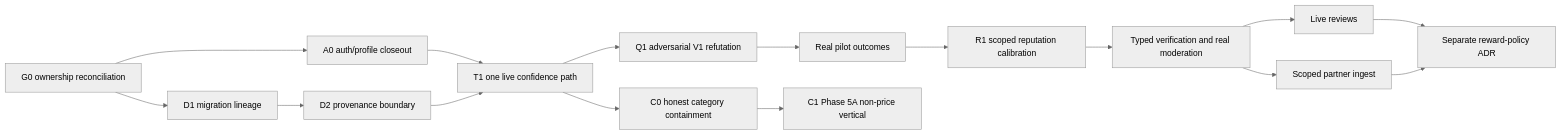
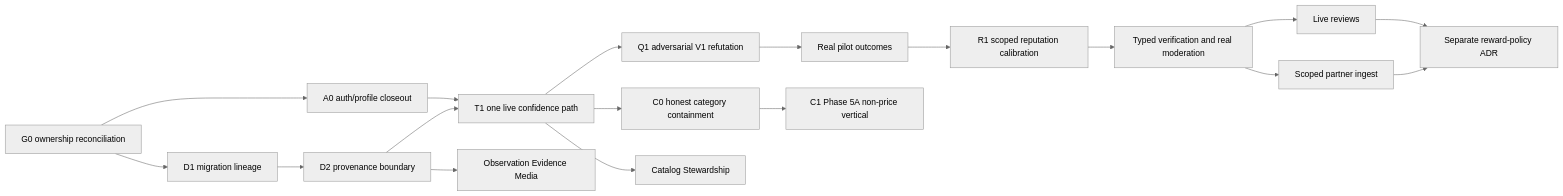
Before and after one commit to Dr-dyrane/wetindey: the second of 2 diagrams in docs/architecture/LIVE-INFORMATION-AND-TRUST-EVOLUTION.md, drawn with Mermaid (neutral theme). The commit also changed other lines of this file and 10 other files, not shown here.

````diff
--- a/docs/architecture/LIVE-INFORMATION-AND-TRUST-EVOLUTION.md
+++ b/docs/architecture/LIVE-INFORMATION-AND-TRUST-EVOLUTION.md
@@ -356,18 +360,20 @@
 ```mermaid
 flowchart LR
     G0["G0 ownership reconciliation"] --> D1["D1 migration lineage"]
     G0 --> A0["A0 auth/profile closeout"]
     D1 --> D2["D2 provenance boundary"]
     A0 --> T1["T1 one live confidence path"]
     D2 --> T1
     T1 --> Q1["Q1 adversarial V1 refutation"]
     Q1 --> PILOT["Real pilot outcomes"]
     PILOT --> R1["R1 scoped reputation calibration"]
     R1 --> V1P5["Typed verification and real moderation"]
     T1 --> C0["C0 honest category containment"]
+    T1 --> CAT["Catalog Stewardship"]
+    D2 --> OEM["Observation Evidence Media"]
     C0 --> C1["C1 Phase 5A non-price vertical"]
     V1P5 --> REV["Live reviews"]
     V1P5 --> PARTNER["Scoped partner ingest"]
     REV --> REWARD["Separate reward-policy ADR"]
     PARTNER --> REWARD
 ```
````
